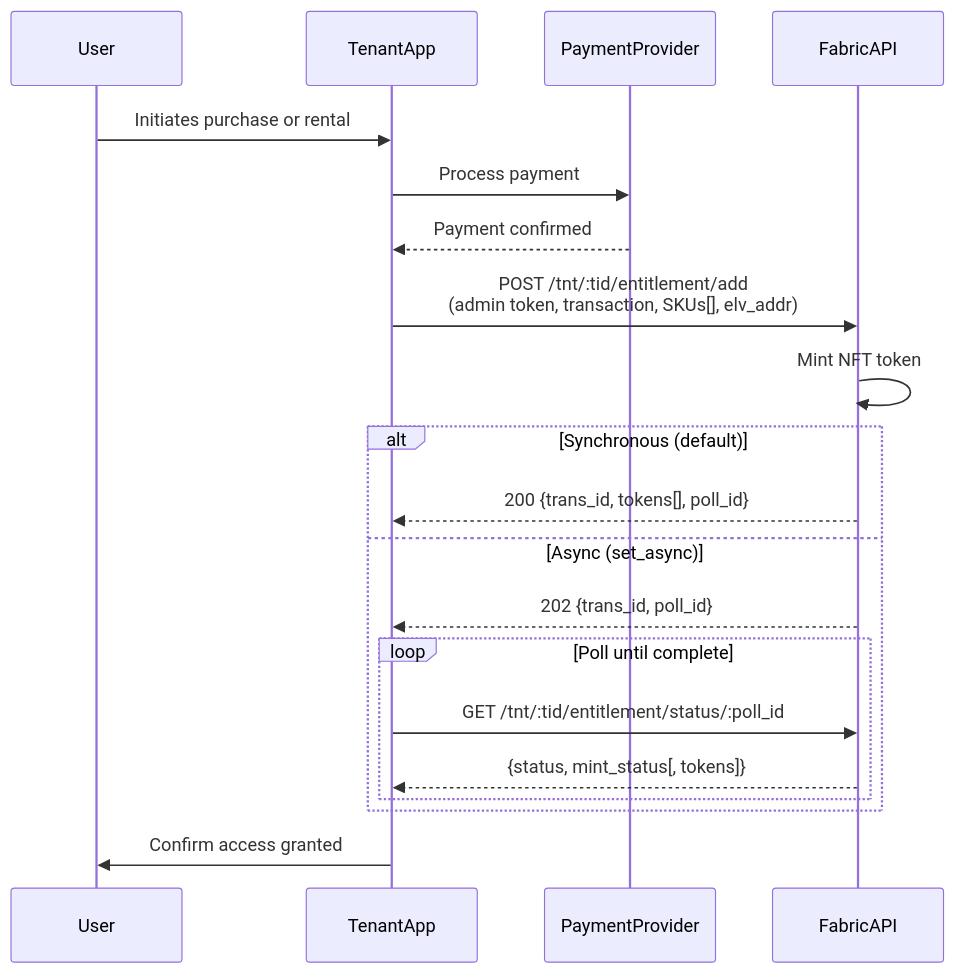
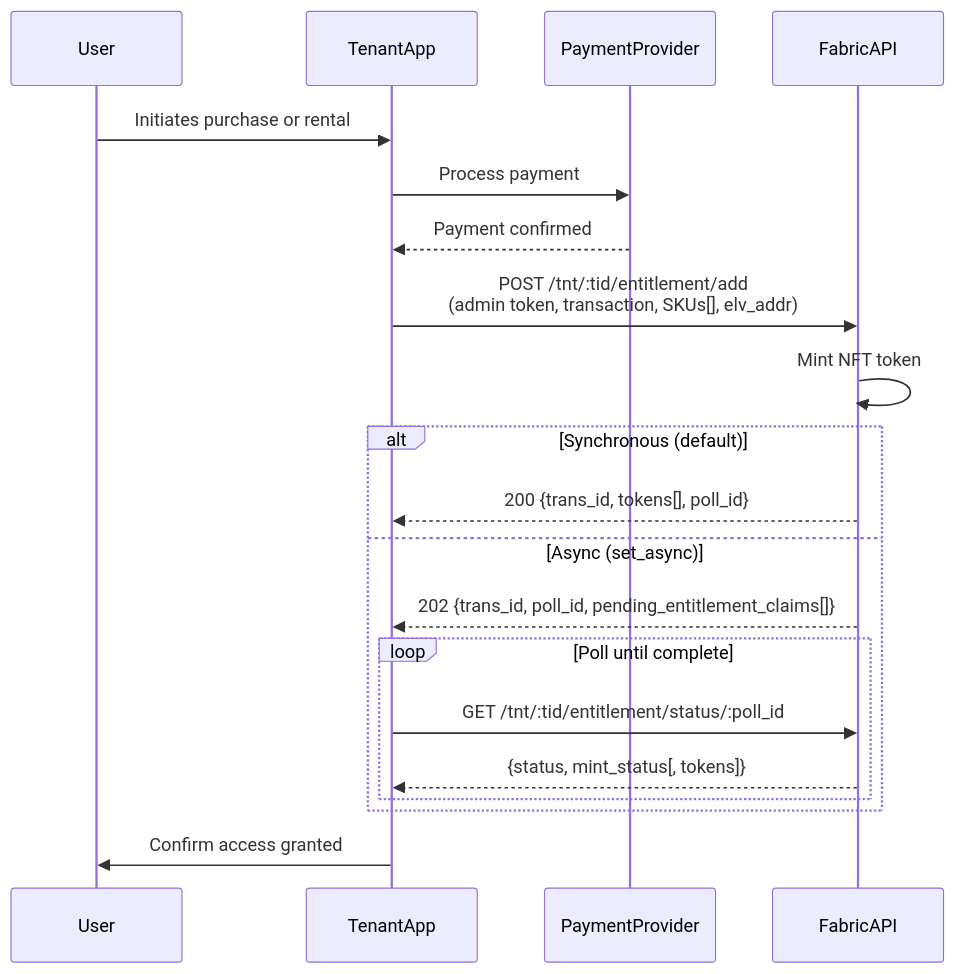
One commit to eluv-io/elv-docs changed the diagram in media-wallet/purchase/entitlements/README.md. Above: the diagram before and after it, drawn with Mermaid. The commit also changed other lines of this file and 4 other files, not shown here.

````diff
--- a/media-wallet/purchase/entitlements/README.md
+++ b/media-wallet/purchase/entitlements/README.md
@@ -10,25 +10,25 @@
 ```mermaid
 sequenceDiagram
     participant User
     participant TenantApp
     participant PaymentProvider
     participant FabricAPI
 
     User->>TenantApp: Initiates purchase or rental
     TenantApp->>PaymentProvider: Process payment
     PaymentProvider-->>TenantApp: Payment confirmed
     TenantApp->>FabricAPI: POST /tnt/:tid/entitlement/add<br/>(admin token, transaction, SKUs[], elv_addr)
     FabricAPI->>FabricAPI: Mint NFT token
 
     alt Synchronous (default)
         FabricAPI-->>TenantApp: 200 {trans_id, tokens[], poll_id}
     else Async (set_async)
-        FabricAPI-->>TenantApp: 202 {trans_id, poll_id}
+        FabricAPI-->>TenantApp: 202 {trans_id, poll_id, pending_entitlement_claims[]}
         loop Poll until complete
             TenantApp->>FabricAPI: GET /tnt/:tid/entitlement/status/:poll_id
             FabricAPI-->>TenantApp: {status, mint_status[, tokens]}
         end
     end
 
     TenantApp->>User: Confirm access granted
 ```
````
